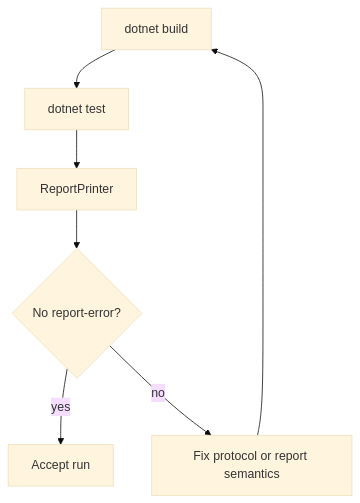
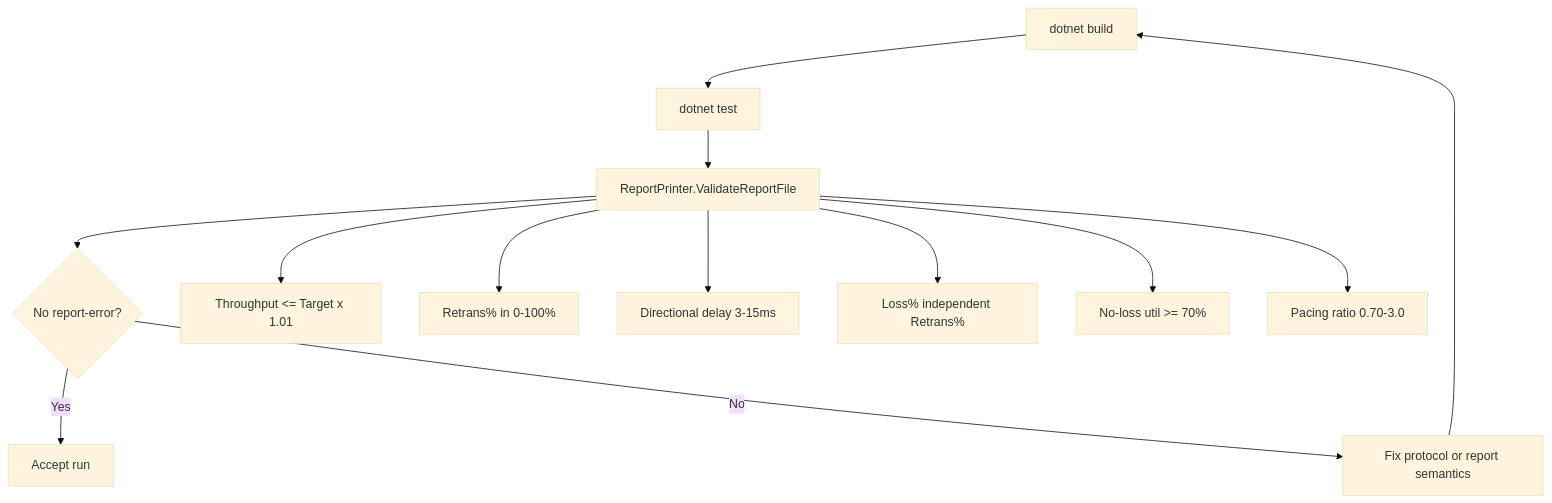
Before and after one commit to liulilittle/ucp: diagram 14 of 14 in docs/architecture.md, drawn with Mermaid (base theme). The commit also changed other lines of this file and 17 other files, not shown here.

````diff
--- a/docs/architecture.md
+++ b/docs/architecture.md
@@ -282,9 +517,16 @@
 ```mermaid
 flowchart TD
     Build[dotnet build] --> Tests[dotnet test]
-    Tests --> Report[ReportPrinter]
+    Tests --> Report[ReportPrinter.ValidateReportFile]
     Report --> Metrics{No report-error?}
-    Metrics -->|yes| Done[Accept run]
-    Metrics -->|no| Fix[Fix protocol or report semantics]
+    Metrics -->|Yes| Done[Accept run]
+    Metrics -->|No| Fix[Fix protocol or report semantics]
     Fix --> Build
+
+    Report --> C1[Throughput <= Target x 1.01]
+    Report --> C2[Retrans% in 0-100%]
+    Report --> C3[Directional delay 3-15ms]
+    Report --> C4[Loss% independent Retrans%]
+    Report --> C5[No-loss util >= 70%]
+    Report --> C6[Pacing ratio 0.70-3.0]
 ```
````
